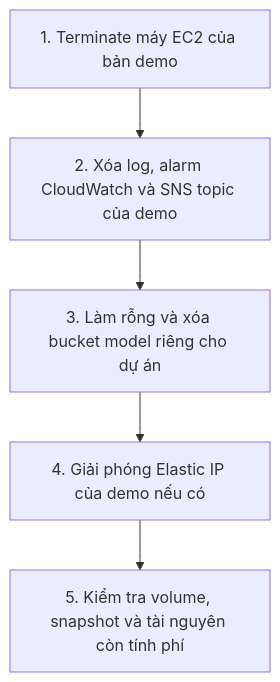
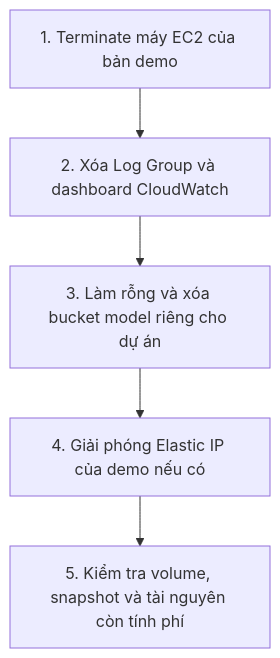
One commit to starkkk1/starkkk1.github.io changed the diagram in content/5-Workshop/5.6-Operations-cleanup/_index.vi.md. Above: the diagram before and after it, drawn with Mermaid. The commit also changed other lines of this file and 21 other files, not shown here.

````diff
--- a/content/5-Workshop/5.6-Operations-cleanup/_index.vi.md
+++ b/content/5-Workshop/5.6-Operations-cleanup/_index.vi.md
@@ -58,13 +58,13 @@
 ```mermaid
 graph TD
     Step1["1. Terminate máy EC2 của bản demo"]
-    Step2["2. Xóa log, alarm CloudWatch và SNS topic của demo"]
+    Step2["2. Xóa Log Group và dashboard CloudWatch"]
     Step3["3. Làm rỗng và xóa bucket model riêng cho dự án"]
     Step4["4. Giải phóng Elastic IP của demo nếu có"]
     Step5["5. Kiểm tra volume, snapshot và tài nguyên còn tính phí"]
     
     Step1 --> Step2
     Step2 --> Step3
     Step3 --> Step4
     Step4 --> Step5
 ```
````
